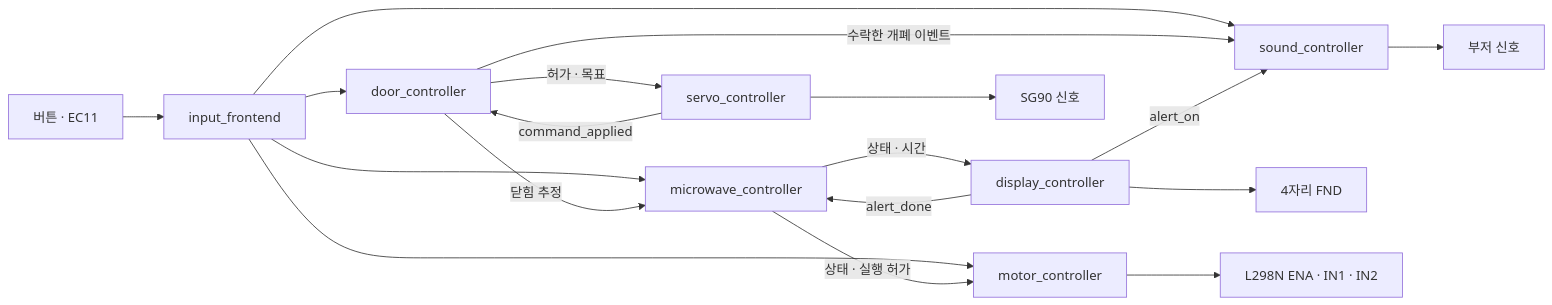
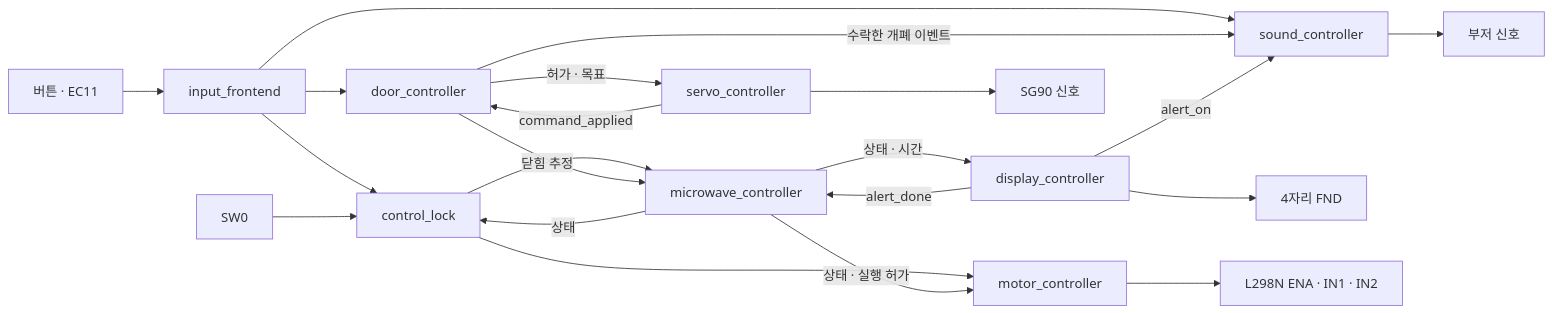
The diagram in docs/integration.md (hckim-dev/fpga-microwave-oven), drawn with Mermaid before and after one commit. The commit also changed other lines of this file and 21 other files, not shown here.

````diff
--- a/docs/integration.md
+++ b/docs/integration.md
@@ -7,20 +7,23 @@
 ```mermaid
 flowchart LR
   GPIO[버튼 · EC11] --> INPUT[input_frontend]
-  INPUT --> CONTROL[microwave_controller]
+  INPUT --> LOCK[control_lock]
+  SW0[SW0] --> LOCK
+  LOCK --> CONTROL[microwave_controller]
+  CONTROL -->|상태| LOCK
   INPUT --> DOOR[door_controller]
-  INPUT --> MOTOR[motor_controller]
+  LOCK --> MOTOR[motor_controller]
   INPUT --> SOUND[sound_controller]
   DOOR -->|허가 · 목표| SERVO[servo_controller]
   SERVO -->|command_applied| DOOR
   DOOR -->|닫힘 추정| CONTROL
   DOOR -->|수락한 개폐 이벤트| SOUND
   CONTROL -->|상태 · 시간| DISPLAY[display_controller]
   DISPLAY -->|alert_done| CONTROL
   DISPLAY -->|alert_on| SOUND
   CONTROL -->|상태 · 실행 허가| MOTOR
   DISPLAY --> FND[4자리 FND]
   SERVO --> SG90[SG90 신호]
   MOTOR --> DRIVER[L298N ENA · IN1 · IN2]
   SOUND --> BUZZER[부저 신호]
 ```
````
